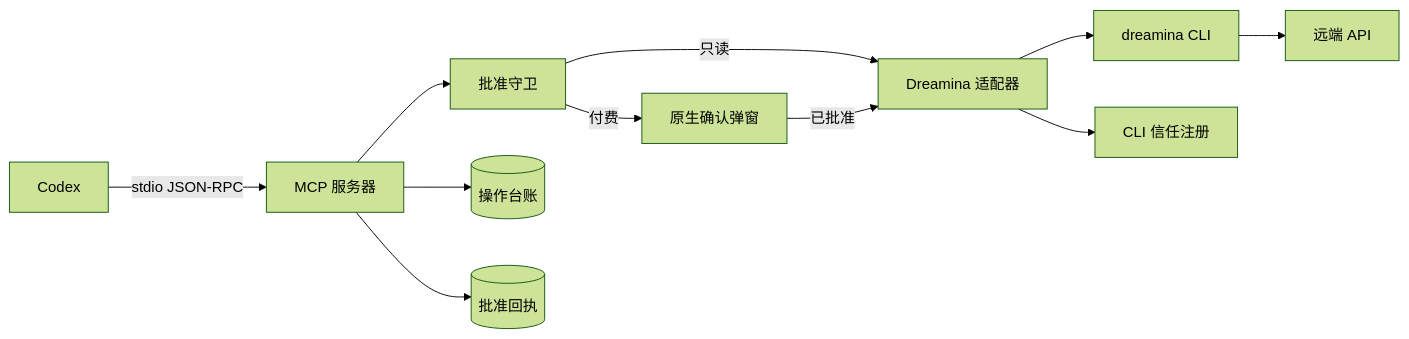
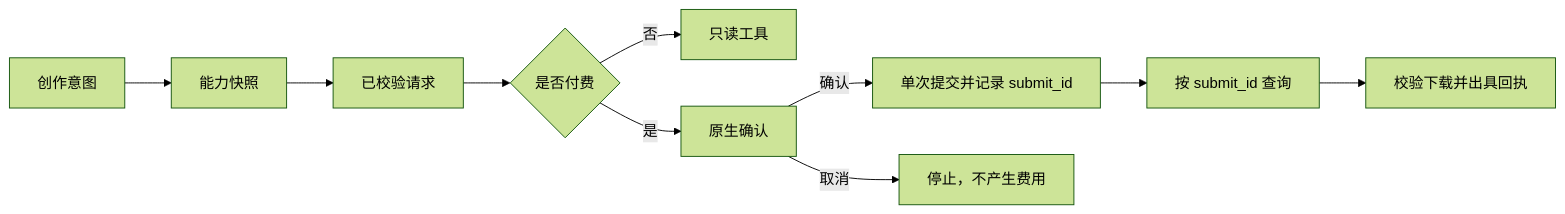
The diagram in README.zh-CN.md (full-aigc-plugins/dreamina-design-plugin), drawn with Mermaid (forest theme) before and after one commit. The commit also changed other lines of this file and 3 other files, not shown here.

````diff
--- a/README.zh-CN.md
+++ b/README.zh-CN.md
@@ -110,13 +52,12 @@
 ```mermaid
 flowchart LR
-    A[Codex] -->|stdio JSON-RPC| B[MCP 服务器]
-    B --> C[批准守卫]
-    C -->|只读| D[Dreamina 适配器]
-    C -->|付费| E[原生确认弹窗]
-    E -->|已批准| D
-    D --> F[dreamina CLI]
-    F --> G[远端 API]
-    B --> H[(操作台账)]
-    B --> I[(批准回执)]
-    D --> J[CLI 信任注册]
+    A[创作意图] --> B[能力快照]
+    B --> C[已校验请求]
+    C --> D{是否付费}
+    D -->|否| E[只读工具]
+    D -->|是| F[原生确认]
+    F -->|确认| G[单次提交并记录 submit_id]
+    G --> H[按 submit_id 查询]
+    H --> I[校验下载并出具回执]
+    F -->|取消| J[停止，不产生费用]
 ```
````
